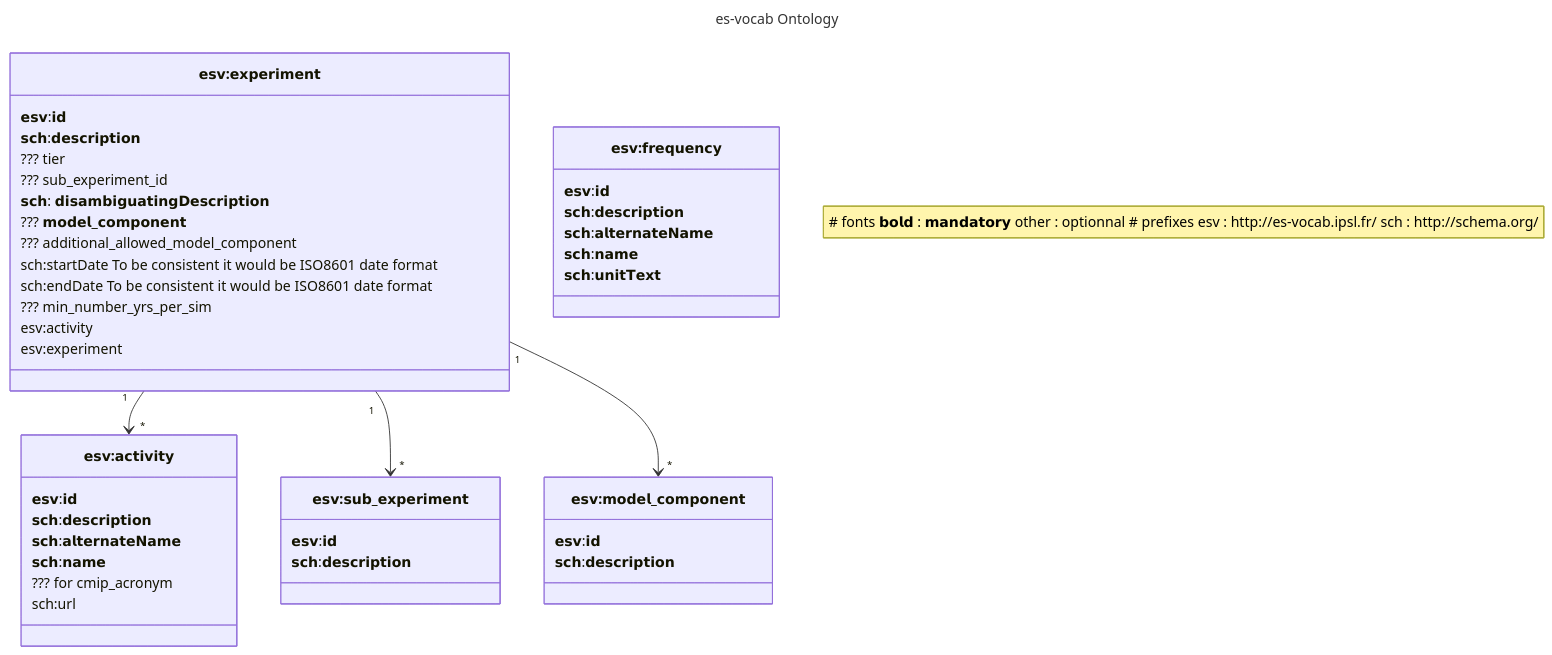
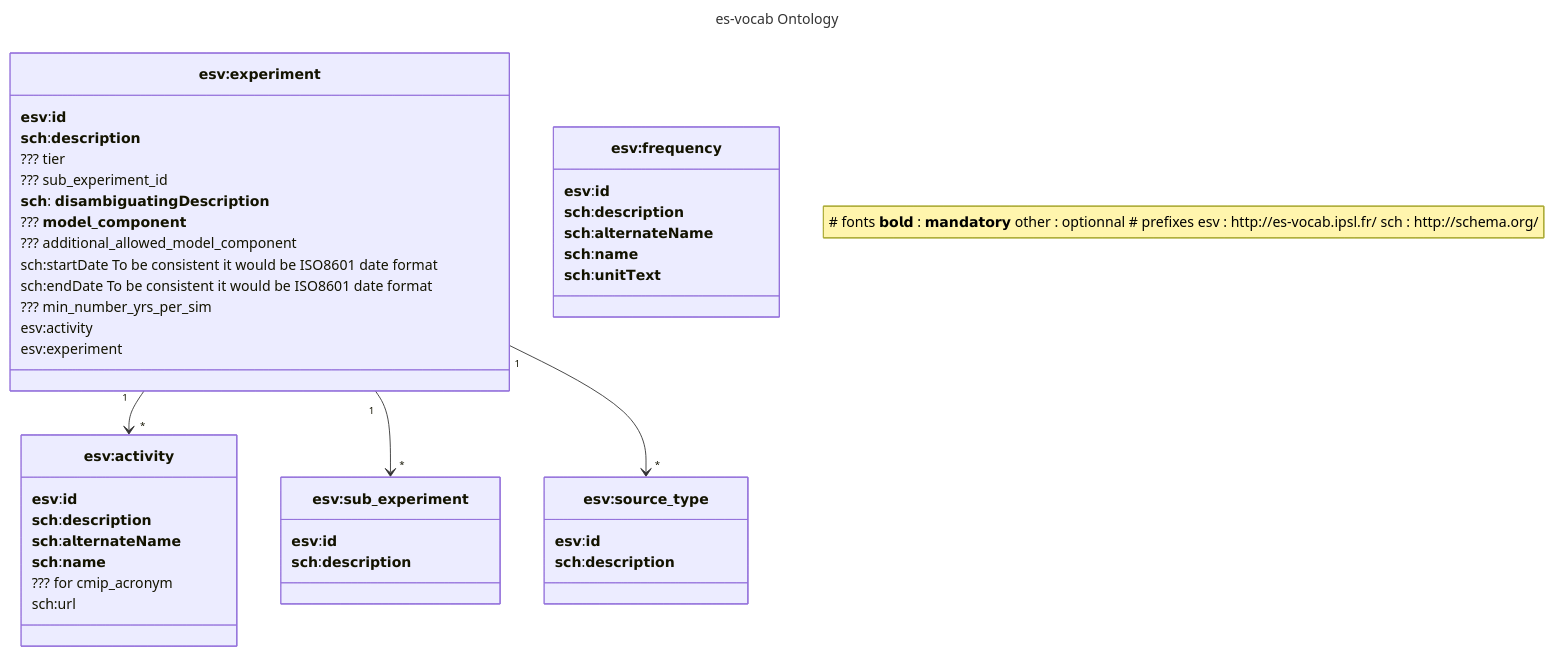
The second of 2 diagrams in TODO.md (PCMDI/mip-cmor-tables), drawn with Mermaid before and after one commit. The commit also changed other lines of this file and 16 other files, not shown here.

````diff
--- a/TODO.md
+++ b/TODO.md
@@ -147,72 +147,72 @@
 ``` mermaid
 ---
 title: es-vocab Ontology
 
 ---
 classDiagram
     note "
     # fonts
     𝗯𝗼𝗹𝗱 : 𝗺𝗮𝗻𝗱𝗮𝘁𝗼𝗿𝘆
     other : optionnal
     
     # prefixes
     esv : http://es-vocab.ipsl.fr/
     sch : http://schema.org/
     "
     `𝗲𝘀𝘃:𝗲𝘅𝗽𝗲𝗿𝗶𝗺𝗲𝗻𝘁` "1" --> "*" `𝗲𝘀𝘃:𝗮𝗰𝘁𝗶𝘃𝗶𝘁𝘆`
     `𝗲𝘀𝘃:𝗲𝘅𝗽𝗲𝗿𝗶𝗺𝗲𝗻𝘁` "1" --> "*" `𝗲𝘀𝘃:𝘀𝘂𝗯_𝗲𝘅𝗽𝗲𝗿𝗶𝗺𝗲𝗻𝘁`
-    `𝗲𝘀𝘃:𝗲𝘅𝗽𝗲𝗿𝗶𝗺𝗲𝗻𝘁` "1" --> "*" `𝗲𝘀𝘃:𝗺𝗼𝗱𝗲𝗹_𝗰𝗼𝗺𝗽𝗼𝗻𝗲𝗻𝘁`
+    `𝗲𝘀𝘃:𝗲𝘅𝗽𝗲𝗿𝗶𝗺𝗲𝗻𝘁` "1" --> "*" `𝗲𝘀𝘃:𝘀𝗼𝘂𝗿𝗰𝗲_𝘁𝘆𝗽𝗲`
 
 
 
     class `𝗲𝘀𝘃:𝗳𝗿𝗲𝗾𝘂𝗲𝗻𝗰𝘆`{
     𝗲𝘀𝘃:𝗶𝗱
     𝘀𝗰𝗵:𝗱𝗲𝘀𝗰𝗿𝗶𝗽𝘁𝗶𝗼𝗻
     𝘀𝗰𝗵:𝗮𝗹𝘁𝗲𝗿𝗻𝗮𝘁𝗲𝗡𝗮𝗺𝗲
     𝘀𝗰𝗵:𝗻𝗮𝗺𝗲
     𝘀𝗰𝗵:𝘂𝗻𝗶𝘁𝗧𝗲𝘅𝘁
     
     }
     class `𝗲𝘀𝘃:𝗮𝗰𝘁𝗶𝘃𝗶𝘁𝘆`{
     𝗲𝘀𝘃:𝗶𝗱
     𝘀𝗰𝗵:𝗱𝗲𝘀𝗰𝗿𝗶𝗽𝘁𝗶𝗼𝗻
     𝘀𝗰𝗵:𝗮𝗹𝘁𝗲𝗿𝗻𝗮𝘁𝗲𝗡𝗮𝗺𝗲
     𝘀𝗰𝗵:𝗻𝗮𝗺𝗲
     ??? for cmip_acronym
     sch:url 
 
     }
     
     class `𝗲𝘀𝘃:𝗲𝘅𝗽𝗲𝗿𝗶𝗺𝗲𝗻𝘁`{
         𝗲𝘀𝘃:𝗶𝗱
         𝘀𝗰𝗵:𝗱𝗲𝘀𝗰𝗿𝗶𝗽𝘁𝗶𝗼𝗻
         ??? tier
         ??? sub_experiment_id
         𝘀𝗰𝗵: 𝗱𝗶𝘀𝗮𝗺𝗯𝗶𝗴𝘂𝗮𝘁𝗶𝗻𝗴𝗗𝗲𝘀𝗰𝗿𝗶𝗽𝘁𝗶𝗼𝗻 
         ??? 𝗺𝗼𝗱𝗲𝗹_𝗰𝗼𝗺𝗽𝗼𝗻𝗲𝗻𝘁
         ??? additional_allowed_model_component
         sch:startDate To be consistent it would be ISO8601 date format
         sch:endDate To be consistent it would be ISO8601 date format
         ??? min_number_yrs_per_sim
         esv:activity
         esv:experiment
     }
 
      class `𝗲𝘀𝘃:𝘀𝘂𝗯_𝗲𝘅𝗽𝗲𝗿𝗶𝗺𝗲𝗻𝘁`{
         𝗲𝘀𝘃:𝗶𝗱
         𝘀𝗰𝗵:𝗱𝗲𝘀𝗰𝗿𝗶𝗽𝘁𝗶𝗼𝗻
         } 
 
-    class `𝗲𝘀𝘃:𝗺𝗼𝗱𝗲𝗹_𝗰𝗼𝗺𝗽𝗼𝗻𝗲𝗻𝘁`{
+    class  `𝗲𝘀𝘃:𝘀𝗼𝘂𝗿𝗰𝗲_𝘁𝘆𝗽𝗲`{
         𝗲𝘀𝘃:𝗶𝗱
         𝘀𝗰𝗵:𝗱𝗲𝘀𝗰𝗿𝗶𝗽𝘁𝗶𝗼𝗻
         } 
 
 
 
 
 
     
 
 
 ```
````
